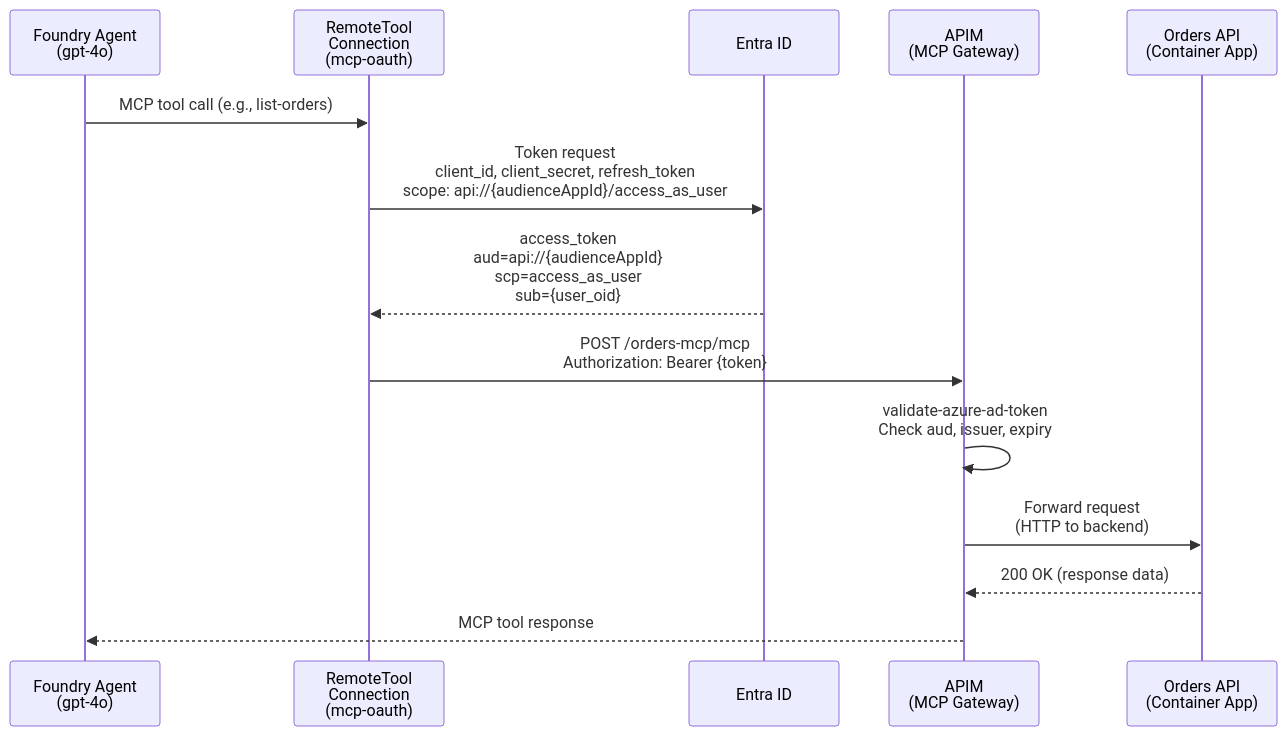
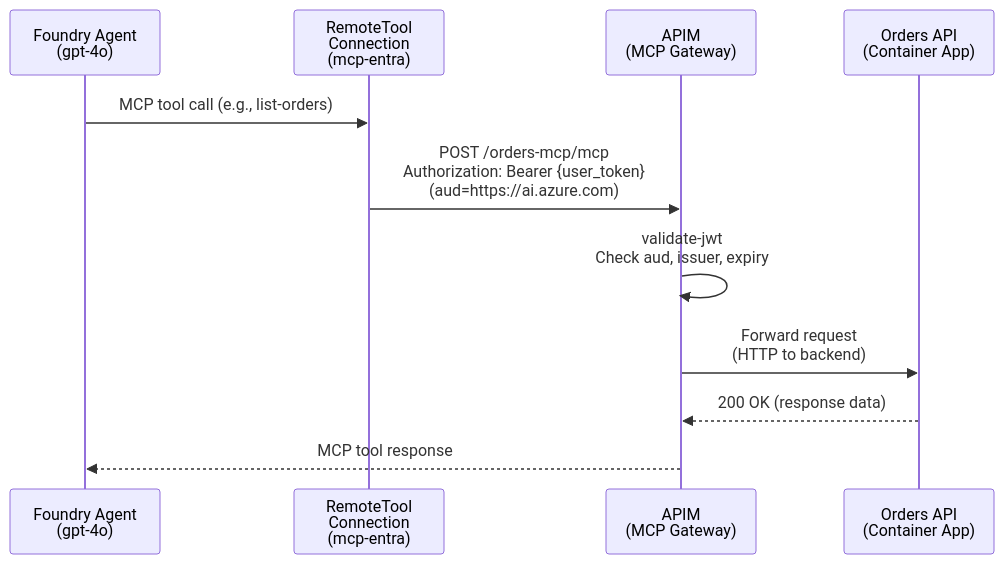
One commit to ozgurkarahan/propagate-id-entra changed the third of 7 diagrams in docs/identity-security.md. Above: the diagram before and after it, drawn with Mermaid. The commit also changed other lines of this file and 21 other files, not shown here.

First line of the commit message:
Replace ApiHub OAuth2 with UserEntraToken connection

````diff
--- a/docs/identity-security.md
+++ b/docs/identity-security.md
@@ -150,17 +145,14 @@
 ```mermaid
 sequenceDiagram
     participant Agent as Foundry Agent<br/>(gpt-4o)
-    participant Connection as RemoteTool<br/>Connection<br/>(mcp-oauth)
-    participant Entra as Entra ID
+    participant Connection as RemoteTool<br/>Connection<br/>(mcp-entra)
     participant APIM as APIM<br/>(MCP Gateway)
     participant API as Orders API<br/>(Container App)
 
     Agent->>Connection: MCP tool call (e.g., list-orders)
-    Connection->>Entra: Token request<br/>client_id, client_secret, refresh_token<br/>scope: api://{audienceAppId}/access_as_user
-    Entra-->>Connection: access_token<br/>aud=api://{audienceAppId}<br/>scp=access_as_user<br/>sub={user_oid}
-    Connection->>APIM: POST /orders-mcp/mcp<br/>Authorization: Bearer {token}
-    APIM->>APIM: validate-azure-ad-token<br/>Check aud, issuer, expiry
+    Connection->>APIM: POST /orders-mcp/mcp<br/>Authorization: Bearer {user_token}<br/>(aud=https://ai.azure.com)
+    APIM->>APIM: validate-jwt<br/>Check aud, issuer, expiry
     APIM->>API: Forward request<br/>(HTTP to backend)
     API-->>APIM: 200 OK (response data)
     APIM-->>Agent: MCP tool response
 ```
````
